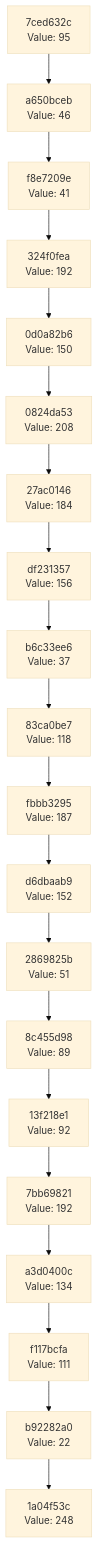
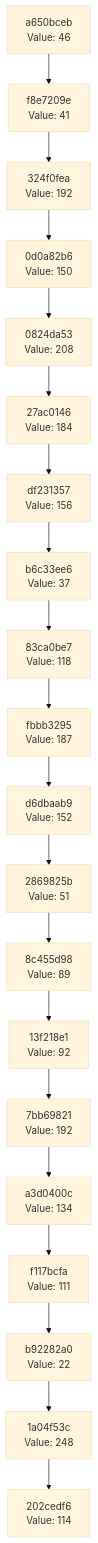
The diagram in docs/CHAIN_VISUALIZATION.md (Abhisheksinha1506/hash-chain-evolver), drawn with Mermaid (base theme) before and after one commit. The commit also changed 2 other files, not shown here.

Commit message:
Evolution step: hash 0x72 → action executed

````diff
--- a/docs/CHAIN_VISUALIZATION.md
+++ b/docs/CHAIN_VISUALIZATION.md
@@ -3,42 +3,42 @@
 ```mermaid
 graph TD
-    C0["1a04f53c<br/>Value: 248"]
-    C1["b92282a0<br/>Value: 22"]
+    C0["202cedf6<br/>Value: 114"]
+    C1["1a04f53c<br/>Value: 248"]
     C1 --> C0
-    C2["f117bcfa<br/>Value: 111"]
+    C2["b92282a0<br/>Value: 22"]
     C2 --> C1
-    C3["a3d0400c<br/>Value: 134"]
+    C3["f117bcfa<br/>Value: 111"]
     C3 --> C2
-    C4["7bb69821<br/>Value: 192"]
+    C4["a3d0400c<br/>Value: 134"]
     C4 --> C3
-    C5["13f218e1<br/>Value: 92"]
+    C5["7bb69821<br/>Value: 192"]
     C5 --> C4
-    C6["8c455d98<br/>Value: 89"]
+    C6["13f218e1<br/>Value: 92"]
     C6 --> C5
-    C7["2869825b<br/>Value: 51"]
+    C7["8c455d98<br/>Value: 89"]
     C7 --> C6
-    C8["d6dbaab9<br/>Value: 152"]
+    C8["2869825b<br/>Value: 51"]
     C8 --> C7
-    C9["fbbb3295<br/>Value: 187"]
+    C9["d6dbaab9<br/>Value: 152"]
     C9 --> C8
-    C10["83ca0be7<br/>Value: 118"]
+    C10["fbbb3295<br/>Value: 187"]
     C10 --> C9
-    C11["b6c33ee6<br/>Value: 37"]
+    C11["83ca0be7<br/>Value: 118"]
     C11 --> C10
-    C12["df231357<br/>Value: 156"]
+    C12["b6c33ee6<br/>Value: 37"]
     C12 --> C11
-    C13["27ac0146<br/>Value: 184"]
+    C13["df231357<br/>Value: 156"]
     C13 --> C12
-    C14["0824da53<br/>Value: 208"]
+    C14["27ac0146<br/>Value: 184"]
     C14 --> C13
-    C15["0d0a82b6<br/>Value: 150"]
+    C15["0824da53<br/>Value: 208"]
     C15 --> C14
-    C16["324f0fea<br/>Value: 192"]
+    C16["0d0a82b6<br/>Value: 150"]
     C16 --> C15
-    C17["f8e7209e<br/>Value: 41"]
+    C17["324f0fea<br/>Value: 192"]
     C17 --> C16
-    C18["a650bceb<br/>Value: 46"]
+    C18["f8e7209e<br/>Value: 41"]
     C18 --> C17
-    C19["7ced632c<br/>Value: 95"]
+    C19["a650bceb<br/>Value: 46"]
     C19 --> C18
 ```
````
